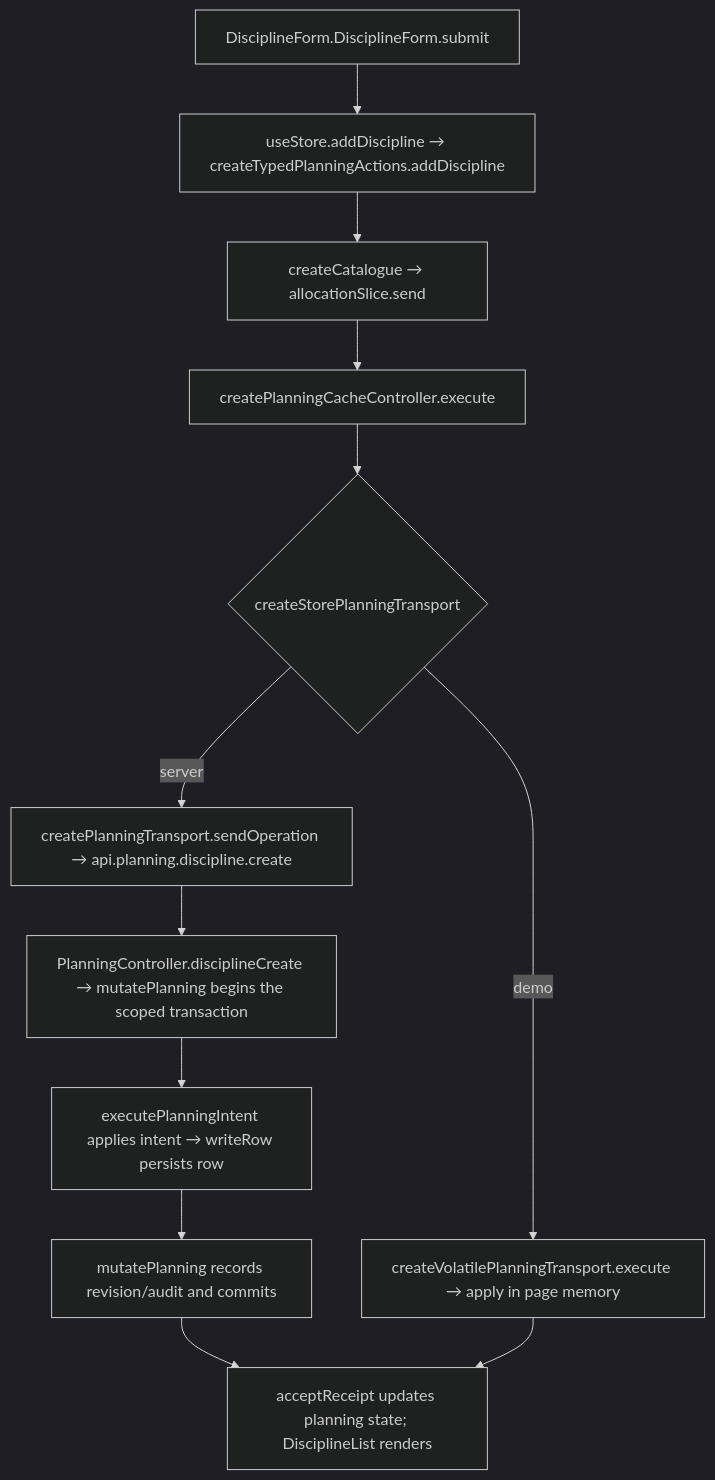
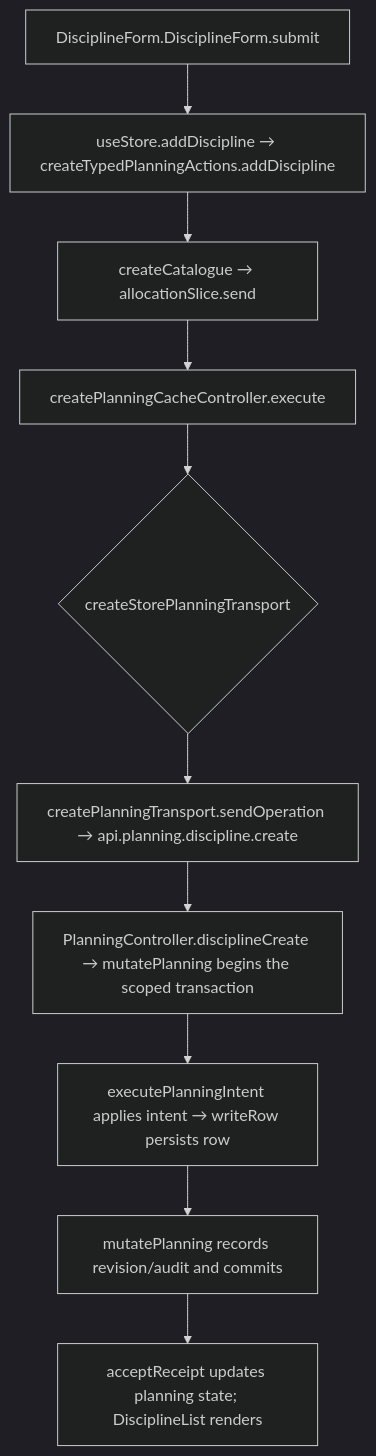
One commit to Kevinjohn/capacitylens changed the second of 2 diagrams in user-stories/disciplines/US-DIS-01-add-discipline.md. Above: the diagram before and after it, drawn with Mermaid (dark theme). The commit also changed other lines of this file and 343 other files, not shown here.

Commit message:
feat: use server-owned company planning and a disposable development demo

````diff
--- a/user-stories/disciplines/US-DIS-01-add-discipline.md
+++ b/user-stories/disciplines/US-DIS-01-add-discipline.md
@@ -34,9 +34,8 @@
 ```mermaid
 flowchart TD
   A["DisciplineForm.DisciplineForm.submit"] --> B["useStore.addDiscipline → createTypedPlanningActions.addDiscipline"]
   B --> C["createCatalogue → allocationSlice.send"]
   C --> D["createPlanningCacheController.execute"] --> E{"createStorePlanningTransport"}
-  E -->|server| F["createPlanningTransport.sendOperation → api.planning.discipline.create"] --> G["PlanningController.disciplineCreate → mutatePlanning begins the scoped transaction"]
+  E --> F["createPlanningTransport.sendOperation → api.planning.discipline.create"] --> G["PlanningController.disciplineCreate → mutatePlanning begins the scoped transaction"]
   G --> H["executePlanningIntent applies intent → writeRow persists row"] --> K["mutatePlanning records revision/audit and commits"] --> J["acceptReceipt updates planning state; DisciplineList renders"]
-  E -->|demo| I["createVolatilePlanningTransport.execute → apply in page memory"] --> J
 ```
````
